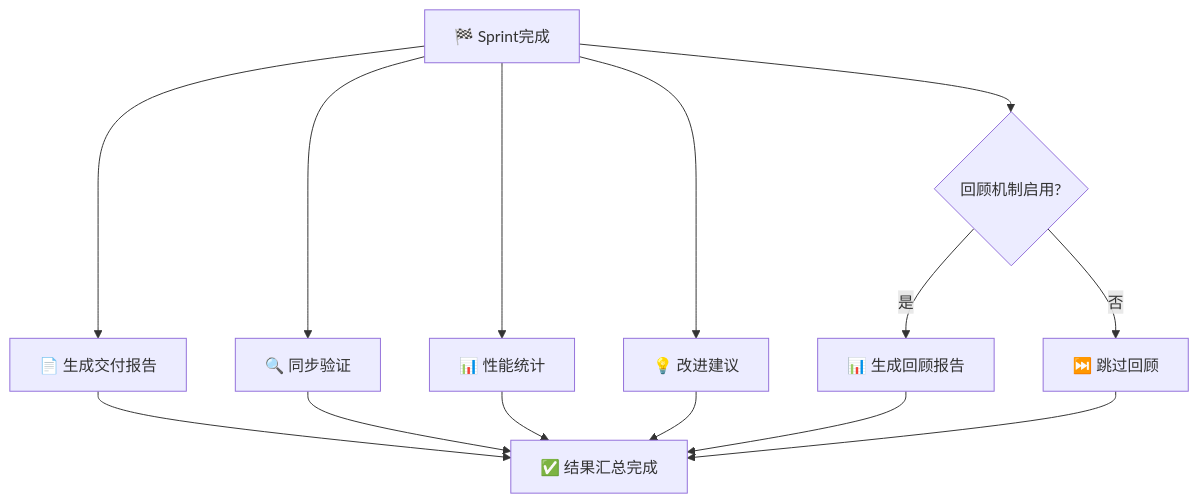
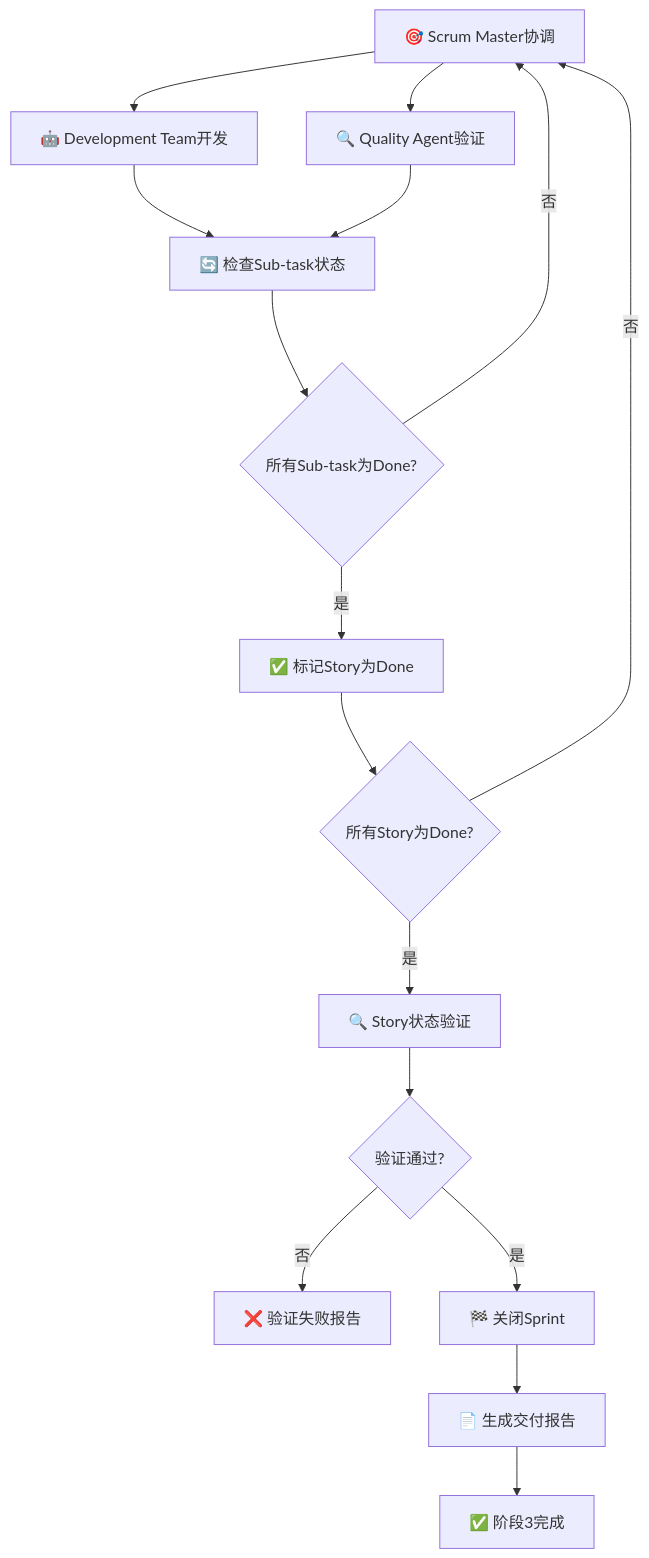
The fourth of 11 diagrams in plugins/agile-marketplace/sprint-plugin/commands/快速sprint.md (ouyangshixiong/context-engineering-zh), drawn with Mermaid before and after one commit. The commit also changed other lines of this file and 7 other files, not shown here.

````diff
--- a/plugins/agile-marketplace/sprint-plugin/commands/快速sprint.md
+++ b/plugins/agile-marketplace/sprint-plugin/commands/快速sprint.md
@@ -153,18 +135,18 @@
 ```mermaid
 flowchart TD
-    A[🏁 Sprint完成] --> B[📄 生成交付报告]
-    A --> C[🔍 同步验证]
-    A --> D[📊 性能统计]
-    A --> E[💡 改进建议]
-    A --> F{回顾机制启用?}
-
-    F -->|是| G[📊 生成回顾报告]
-    F -->|否| H[⏭️ 跳过回顾]
-
-    B --> I[✅ 结果汇总完成]
-    C --> I
-    D --> I
-    E --> I
-    G --> I
-    H --> I
+    A[🎯 Scrum Master协调] --> B[🤖 Development Team开发]
+    A --> C[🔍 Quality Agent验证]
+    B --> D[🔄 检查Sub-task状态]
+    C --> D
+    D --> E{所有Sub-task为Done?}
+    E -->|否| A
+    E -->|是| F[✅ 标记Story为Done]
+    F --> G{所有Story为Done?}
+    G -->|否| A
+    G -->|是| H[🔍 Story状态验证]
+    H --> I{验证通过?}
+    I -->|否| J[❌ 验证失败报告]
+    I -->|是| K[🏁 关闭Sprint]
+    K --> L[📄 生成交付报告]
+    L --> M[✅ 阶段3完成]
 ```
````
